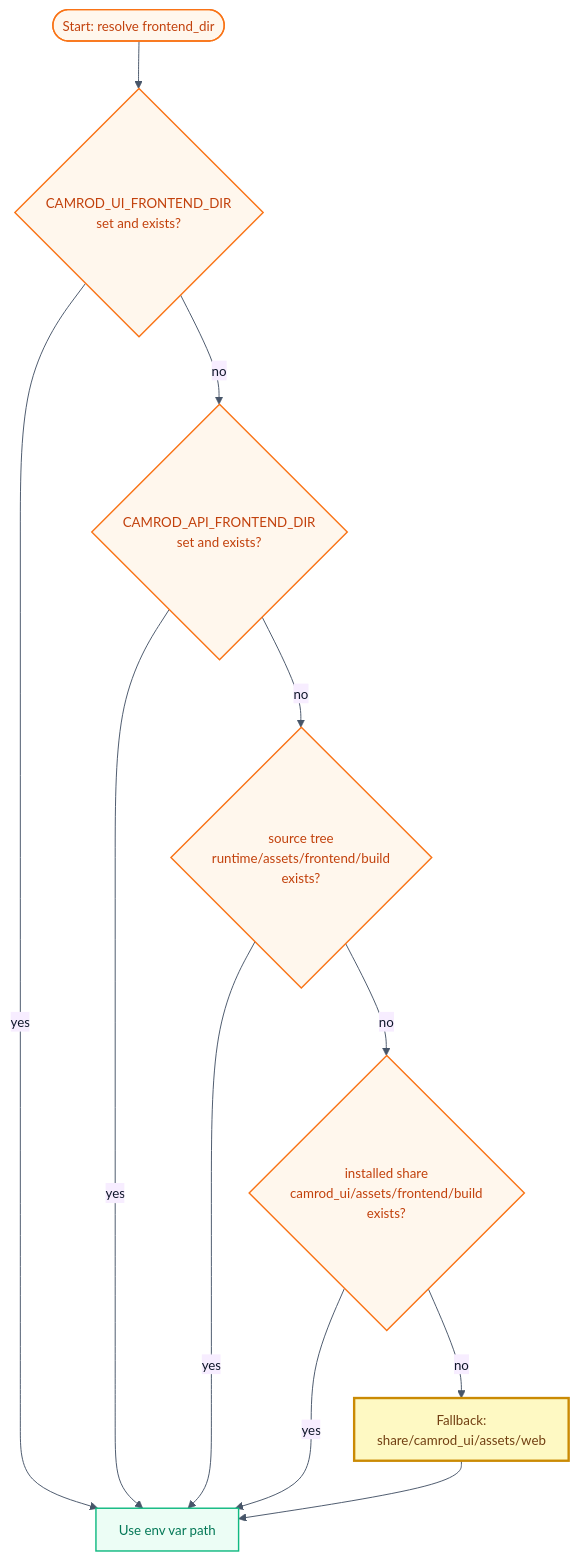
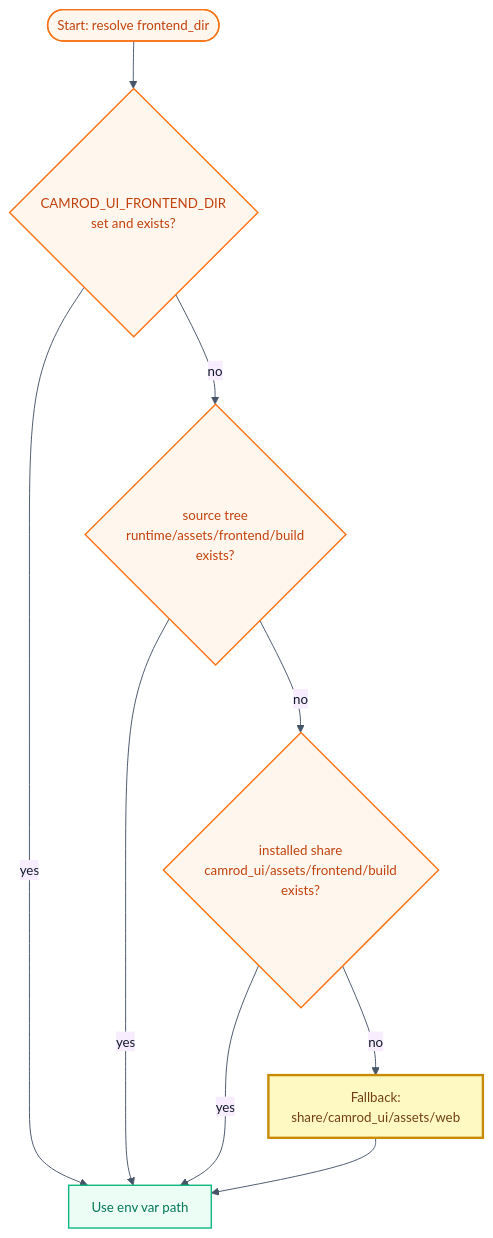
One commit to hwanhonglee/CAMROD changed the fifth of 5 diagrams in camrod_ui/README.md. Above: the diagram before and after it, drawn with Mermaid. The commit also changed other lines of this file and 36 other files, not shown here.

````diff
--- a/camrod_ui/README.md
+++ b/camrod_ui/README.md
@@ -174,24 +174,21 @@
 ```mermaid
 %%{init: {'theme': 'base', 'themeVariables': {'fontFamily': 'ui-sans-serif, system-ui, sans-serif', 'fontSize': '14px', 'primaryColor': '#FFF7ED', 'primaryTextColor': '#0F172A', 'primaryBorderColor': '#F97316', 'lineColor': '#475569'}, 'flowchart': {'curve': 'basis', 'htmlLabels': true, 'padding': 12}}}%%
 flowchart TD
   A([Start: resolve frontend_dir]):::ui
 
   A --> B{"CAMROD_UI_FRONTEND_DIR\nset and exists?"}:::ui
   B -->|yes| Z[Use env var path]:::localization
 
-  B -->|no| C{"CAMROD_API_FRONTEND_DIR\nset and exists?"}:::ui
-  C -->|yes| Z
-
-  C -->|no| D{"source tree\nruntime/assets/frontend/build\nexists?"}:::ui
+  B -->|no| D{"source tree\nruntime/assets/frontend/build\nexists?"}:::ui
   D -->|yes| Z
 
   D -->|no| E{"installed share\ncamrod_ui/assets/frontend/build\nexists?"}:::ui
   E -->|yes| Z
 
   E -->|no| F["Fallback:\nshare/camrod_ui/assets/web"]:::highlight
   F --> Z
 
   classDef ui           fill:#FFF7ED,stroke:#F97316,stroke-width:1.5px,color:#C2410C;
   classDef localization fill:#ECFDF5,stroke:#10B981,stroke-width:1.5px,color:#047857;
   classDef highlight    fill:#FEF9C3,stroke:#CA8A04,stroke-width:2.5px,color:#713F12;
 ```
````
